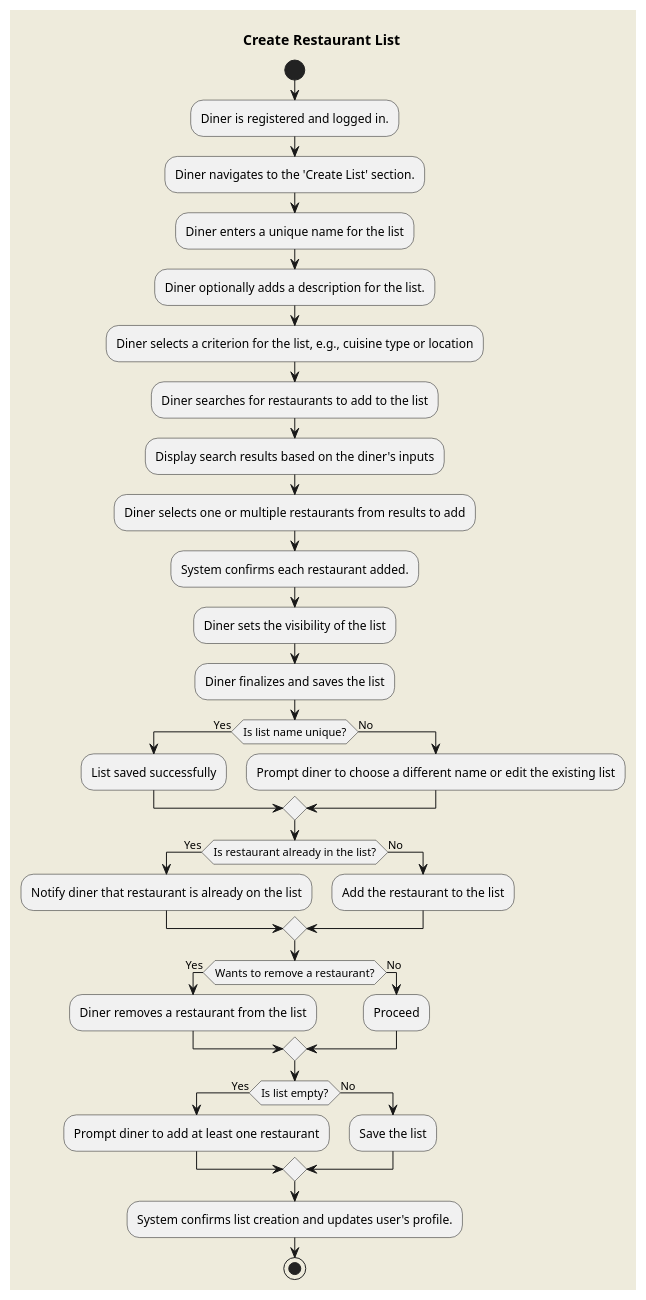
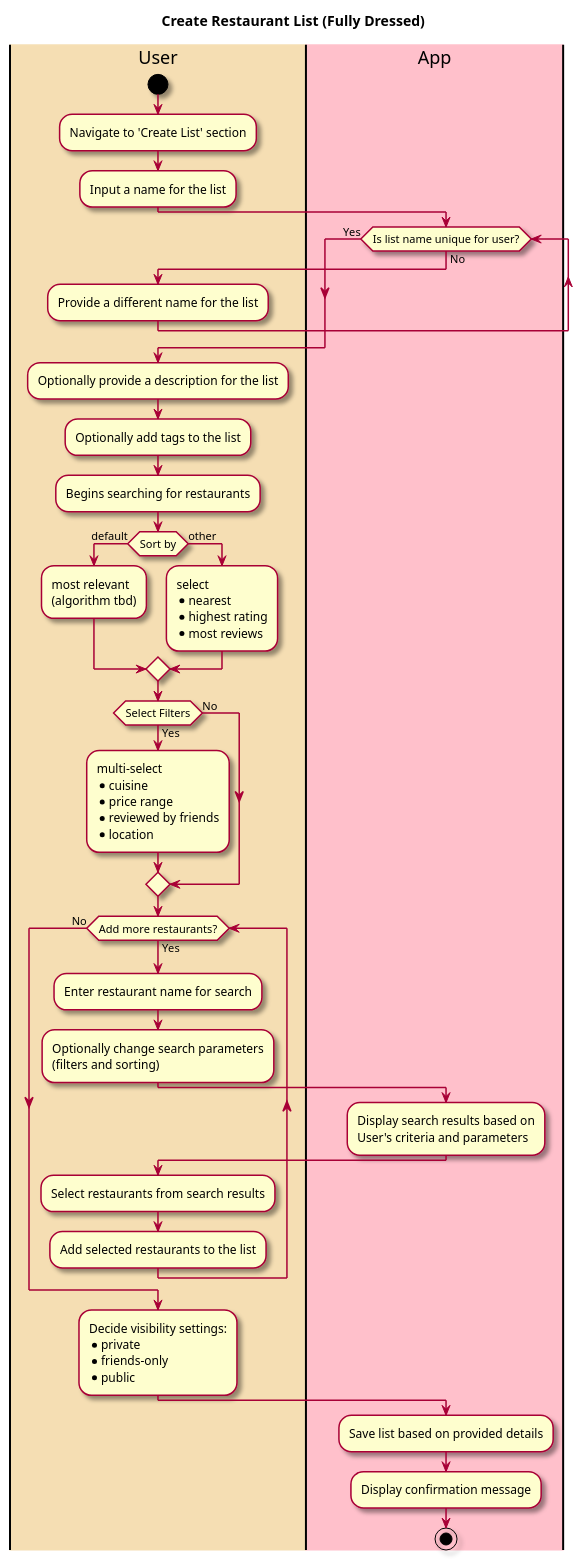
The diagram in intellij/doc/use_cases/create-list.md (tanwasp/LunchBox-Android), drawn with PlantUML before and after one commit. The commit also changed other lines of this file and 4 other files, not shown here.

````diff
--- a/intellij/doc/use_cases/create-list.md
+++ b/intellij/doc/use_cases/create-list.md
@@ -16,63 +16,74 @@
-   ```plantuml
+```plantuml
 @startuml
 
-skinparam backgroundColor #EEEBDC
-skinparam shadowing false
+skin rose
 
-title Create Restaurant List
+title Create Restaurant List (Fully Dressed)
 
+|#wheat|User|
+|#pink|App|
+
+|User|
 start
+:Navigate to 'Create List' section;
+:Input a name for the list;
+|App|
+while (Is list name unique for user?) is (No)
+  |User|
+  :Provide a different name for the list;
+endwhile (Yes)
 
-:Diner is registered and logged in.;
+|User|
+:Optionally provide a description for the list;
+:Optionally add tags to the list;
+:Begins searching for restaurants;
 
-:Diner navigates to the 'Create List' section.;
+if (Sort by) is (default) then
+:most relevant
+(algorithm tbd);
+else (other)
+:select
+* nearest
+* highest rating
+* most reviews;
+endif
+if (Select Filters) is (Yes) then
+:multi-select
+*cuisine
+*price range
+*reviewed by friends
+*location;
 
-:Diner enters a unique name for the list;
-
-:Diner optionally adds a description for the list.;
-
-:Diner selects a criterion for the list, e.g., cuisine type or location;
-
-:Diner searches for restaurants to add to the list;
-
-:Display search results based on the diner's inputs;
-
-:Diner selects one or multiple restaurants from results to add;
-
-:System confirms each restaurant added.;
-
-:Diner sets the visibility of the list;
-
-:Diner finalizes and saves the list;
-
-if (Is list name unique?) then (Yes)
-:List saved successfully;
 else (No)
-:Prompt diner to choose a different name or edit the existing list;
 endif
 
-if (Is restaurant already in the list?) then (Yes)
-:Notify diner that restaurant is already on the list;
-else (No)
-:Add the restaurant to the list;
-endif
 
-if (Wants to remove a restaurant?) then (Yes)
-:Diner removes a restaurant from the list;
-else (No)
-:Proceed;
-endif
 
-if (Is list empty?) then (Yes)
-:Prompt diner to add at least one restaurant;
-else (No)
-:Save the list;
-endif
+while (Add more restaurants?) is (Yes)
+  :Enter restaurant name for search;
+  :Optionally change search parameters 
+  (filters and sorting);
 
-:System confirms list creation and updates user's profile.;
+  |App|
+  :Display search results based on 
+  User's criteria and parameters;
+
+  |User|
+  :Select restaurants from search results;
+  :Add selected restaurants to the list;
+endwhile (No)
+
+:Decide visibility settings:
+* private
+* friends-only
+* public;
+
+|App|
+:Save list based on provided details;
+:Display confirmation message;
 
 stop
 
 @enduml
 
-   ```
+```
````
